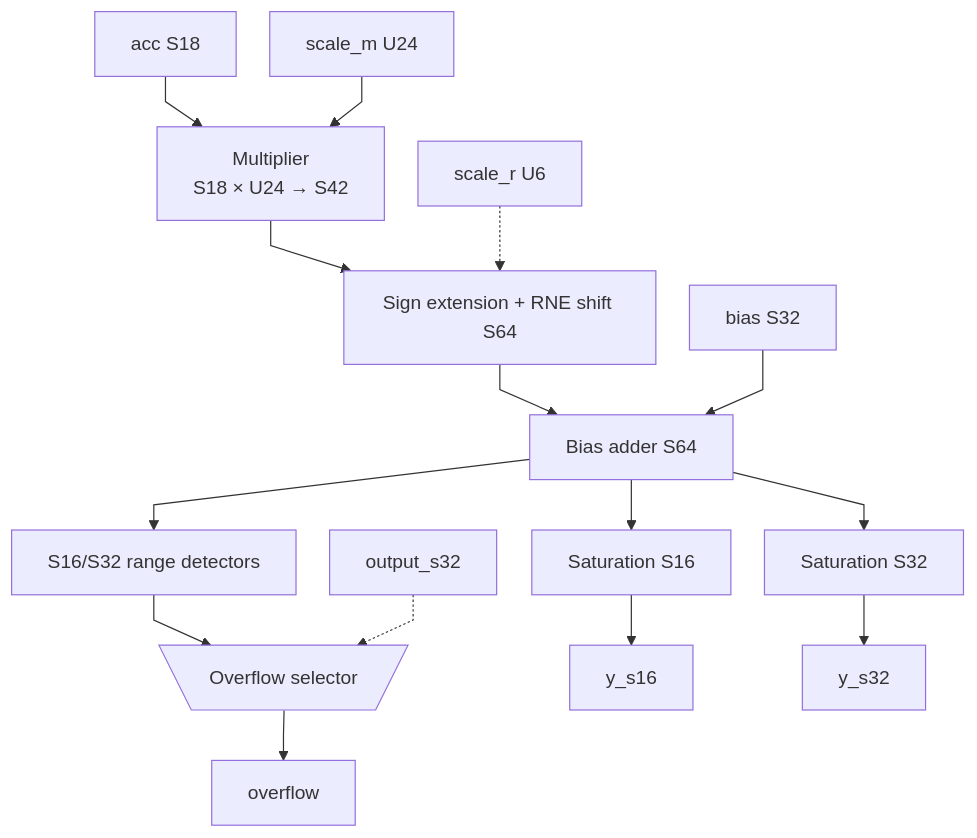
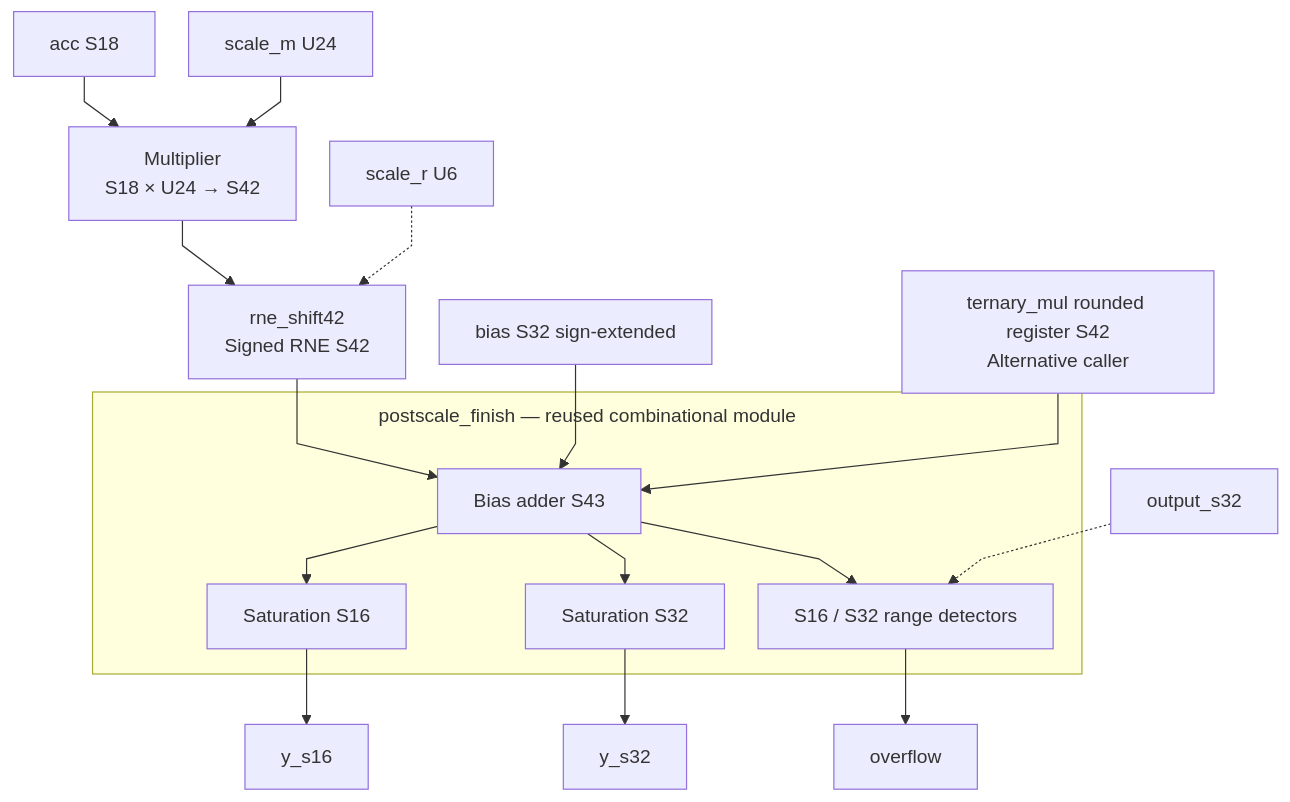
The first of 2 diagrams in docs/source_guide/blocks/postscale.sv.md (nguyennhutkhanhtom/NPU), drawn with Mermaid before and after one commit. The commit also changed other lines of this file and 608 other files, not shown here.

Commit message:
Implement autonomous RTL language graph with verified units and timing evidence

````diff
--- a/docs/source_guide/blocks/postscale.sv.md
+++ b/docs/source_guide/blocks/postscale.sv.md
@@ -15,18 +15,24 @@
 ```mermaid
 flowchart TB
-%%{init: {"flowchart": {"subGraphTitleMargin": {"top": 8, "bottom": 20}, "nodeSpacing": 28, "rankSpacing": 42, "curve": "linear"}}}%%
+%%{init: {"flowchart": {"subGraphTitleMargin": {"top": 8, "bottom": 35}, "nodeSpacing": 28, "rankSpacing": 42, "curve": "linear"}}}%%
     A["acc S18"] --> MUL["Multiplier<br/>S18 × U24 → S42"]
     M["scale_m U24"] --> MUL
-    MUL --> RNE["Sign extension + RNE shift S64"]
+    MUL --> RNE["rne_shift42<br/>Signed RNE S42"]
     R["scale_r U6"] -.-> RNE
-    RNE --> ADD["Bias adder S64"]
-    B["bias S32"] --> ADD
-    ADD --> S16["Saturation S16"]
-    ADD --> S32["Saturation S32"]
-    ADD --> DET["S16/S32 range detectors"]
-    DET --> OV@{ shape: trap-t, label: "Overflow selector" }
-    F["output_s32"] -.-> OV
+    subgraph FIN["postscale_finish — reused combinational module"]
+        ADD["Bias adder S43"]
+        S16["Saturation S16"]
+        S32["Saturation S32"]
+        DET["S16 / S32 range detectors"]
+    end
+    RNE --> ADD
+    B["bias S32 sign-extended"] --> ADD
+    ADD --> S16
+    ADD --> S32
+    ADD --> DET
+    F["output_s32"] -.-> DET
     S16 --> Y16["y_s16"]
     S32 --> Y32["y_s32"]
-    OV --> O["overflow"]
+    DET --> OV["overflow"]
+    REG["ternary_mul rounded register S42<br/>Alternative caller"] --> ADD
 ```
````
